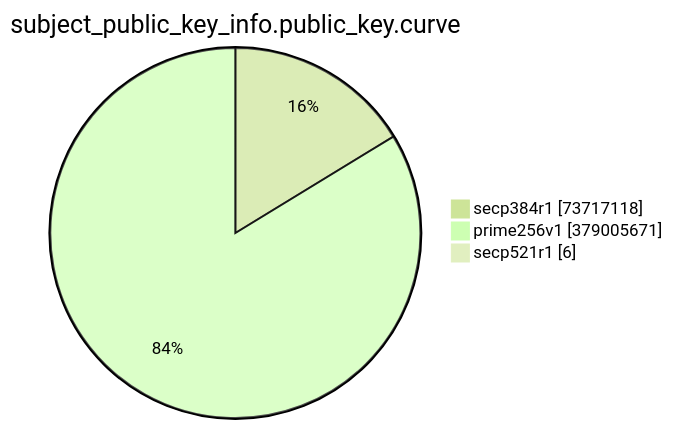
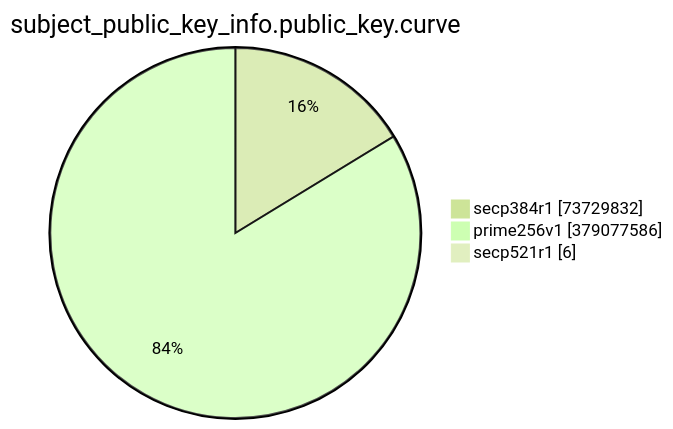
One commit to christiankrug/ctmonitor_visualization changed the eighth of 15 diagrams in TOTAL/README.md. Above: the diagram before and after it, drawn with Mermaid (forest theme). The commit also changed other lines of this file, not shown here.

````diff
--- a/TOTAL/README.md
+++ b/TOTAL/README.md
@@ -3094,7 +3094,7 @@
 ```mermaid
 pie showData
 title subject_public_key_info.public_key.curve
-"secp384r1" :73717118
-"prime256v1" :379005671
+"secp384r1" :73729832
+"prime256v1" :379077586
 "secp521r1" :6
 ```
````
